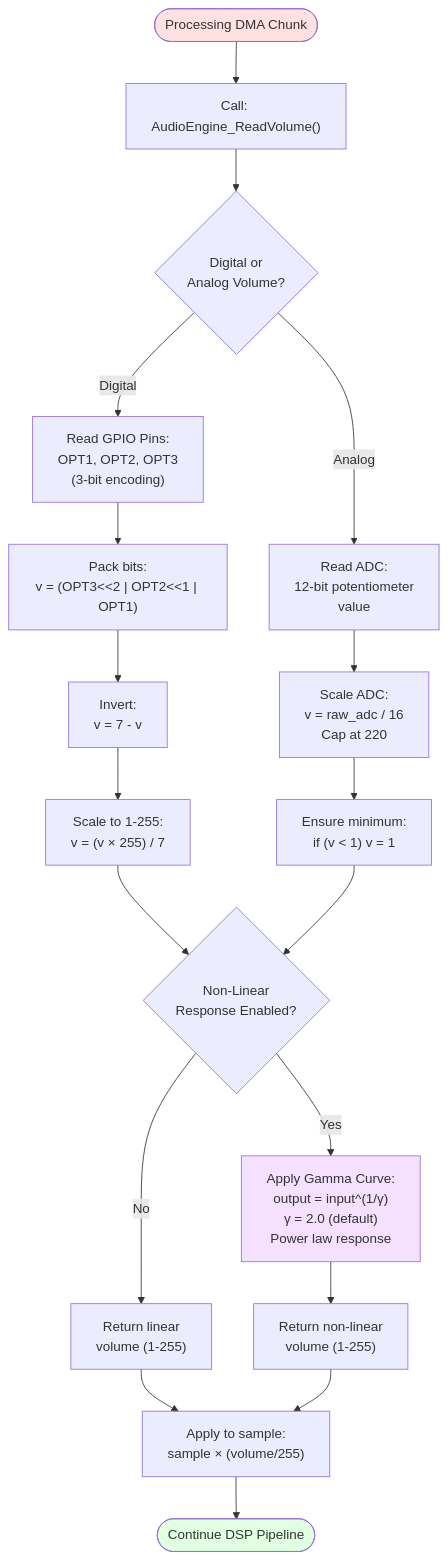
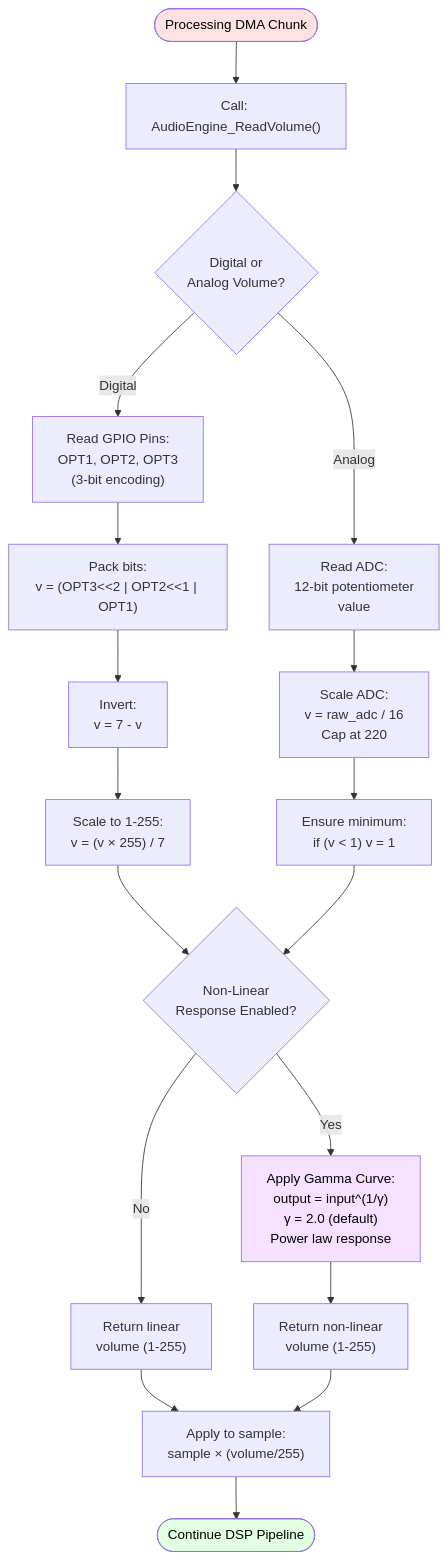
One commit to JennyDigital/Doorchime-CR2-VSCode changed the seventh of 10 diagrams in Application/CR2-VSCode/Docs/AUDIO_ENGINE_FLOWCHART.md. Above: the diagram before and after it, drawn with Mermaid. The commit also changed other lines of this file, not shown here.

Commit message:
Improved contrast in the flowcharts.

````diff
--- a/Application/CR2-VSCode/Docs/AUDIO_ENGINE_FLOWCHART.md
+++ b/Application/CR2-VSCode/Docs/AUDIO_ENGINE_FLOWCHART.md
@@ -263,34 +263,34 @@
 ```mermaid
 flowchart TD
     DMAChunk([Processing DMA Chunk]) --> ReadVolCall["Call: AudioEngine_ReadVolume()"]
     
     ReadVolCall --> CheckMode{Digital or<br/>Analog Volume?}
     
     CheckMode -->|Digital| ReadGPIO["Read GPIO Pins:<br/>OPT1, OPT2, OPT3<br/>(3-bit encoding)"]
     CheckMode -->|Analog| ReadADC["Read ADC:<br/>12-bit potentiometer<br/>value"]
     
     ReadGPIO --> PackBits["Pack bits:<br/>v = (OPT3<<2 | OPT2<<1 | OPT1)"]
     ReadADC --> ScaleADC["Scale ADC:<br/>v = raw_adc / 16<br/>Cap at 220"]
     
     PackBits --> InvertGPIO["Invert:<br/>v = 7 - v"]
     ScaleADC --> EnsureMin1["Ensure minimum:<br/>if (v < 1) v = 1"]
     
     InvertGPIO --> ScaleGPIO["Scale to 1-255:<br/>v = (v × 255) / 7"]
     
     ScaleGPIO --> NonLinearCheck{Non-Linear<br/>Response Enabled?}
     EnsureMin1 --> NonLinearCheck
     
     NonLinearCheck -->|Yes| ApplyGamma["Apply Gamma Curve:<br/>output = input^(1/γ)<br/>γ = 2.0 (default)<br/>Power law response"]
     NonLinearCheck -->|No| ReturnLinear["Return linear<br/>volume (1-255)"]
     
     ApplyGamma --> ReturnNonLinear["Return non-linear<br/>volume (1-255)"]
     
     ReturnLinear --> ApplyToSample["Apply to sample:<br/>sample × (volume/255)"]
     ReturnNonLinear --> ApplyToSample
     
     ApplyToSample --> Continue([Continue DSP Pipeline])
 
-    style DMAChunk fill:#ffe1e1
-    style ApplyGamma fill:#f5e1ff
-    style Continue fill:#e1ffe1
+    style DMAChunk fill:#ffe1e1,color:#000000
+    style ApplyGamma fill:#f5e1ff,color:#000000
+    style Continue fill:#e1ffe1,color:#000000
 ```
````
